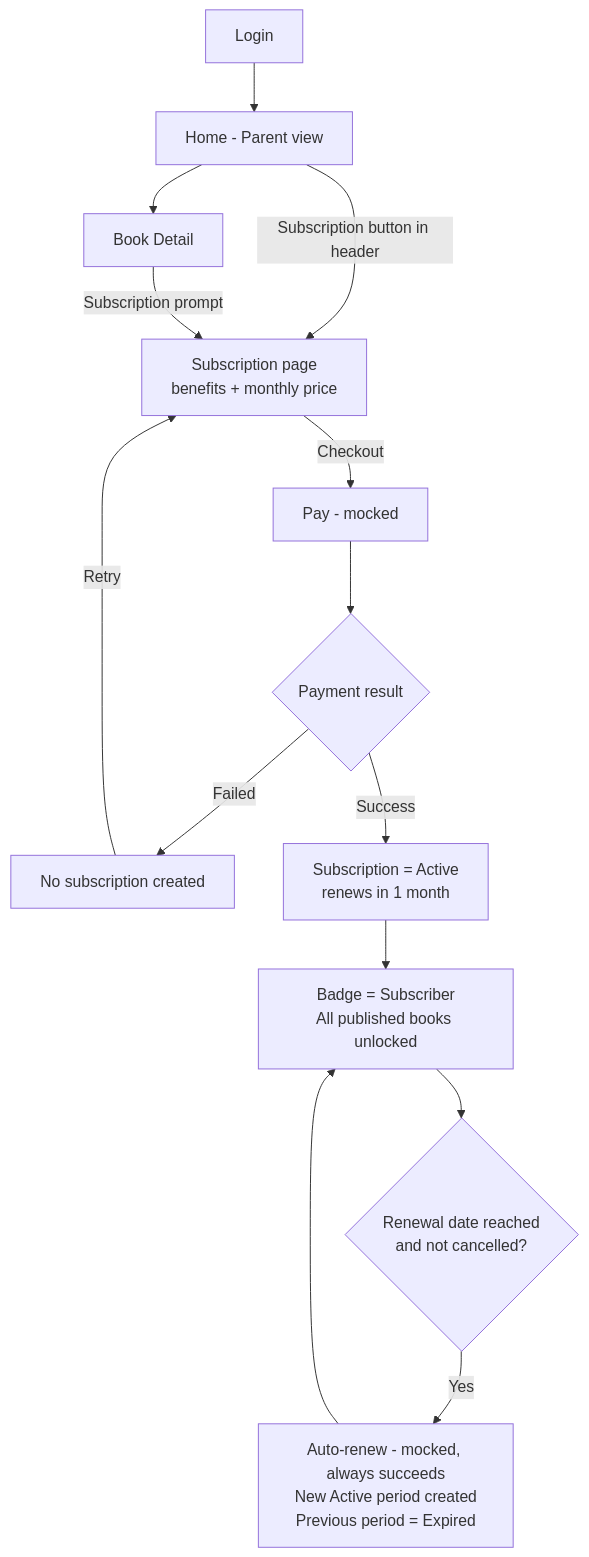
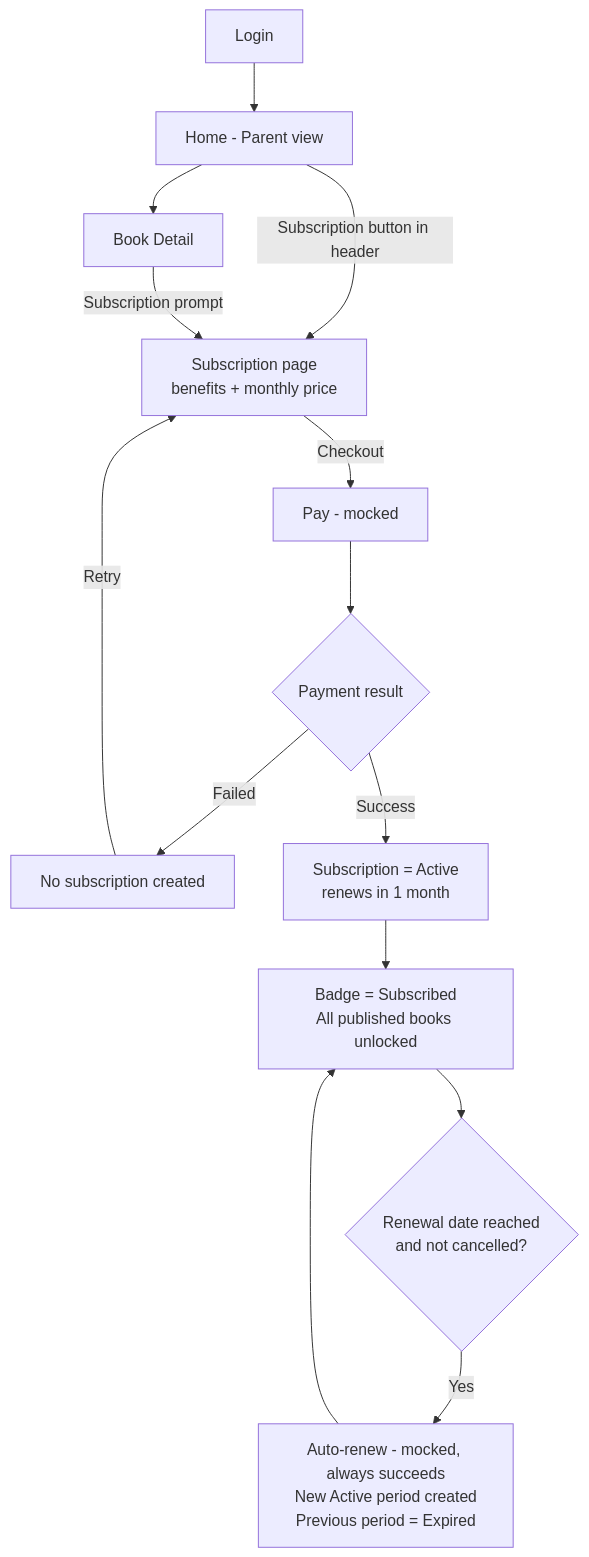
Before and after one commit to carolineealdora/fe_storybook_library_app: the second of 8 diagrams in docs/PRD_storybook-lib-app.md, drawn with Mermaid. The commit also changed other lines of this file, not shown here.

First line of the commit message:
docs: sync PRD with the backends (as-built architecture, AI usage log)

````diff
--- a/docs/PRD_storybook-lib-app.md
+++ b/docs/PRD_storybook-lib-app.md
@@ -371,16 +372,16 @@
 ```mermaid
 flowchart TD
     A[Login] --> B[Home - Parent view]
     B -->|Subscription button in header| C[Subscription page<br/>benefits + monthly price]
     B --> D[Book Detail]
     D -->|Subscription prompt| C
     C -->|Checkout| E[Pay - mocked]
     E --> F{Payment result}
     F -->|Failed| G[No subscription created]
     G -->|Retry| C
     F -->|Success| H[Subscription = Active<br/>renews in 1 month]
-    H --> I[Badge = Subscriber<br/>All published books unlocked]
+    H --> I[Badge = Subscribed<br/>All published books unlocked]
     I --> J{Renewal date reached<br/>and not cancelled?}
     J -->|Yes| K[Auto-renew - mocked, always succeeds<br/>New Active period created<br/>Previous period = Expired]
     K --> I
 ```
````
